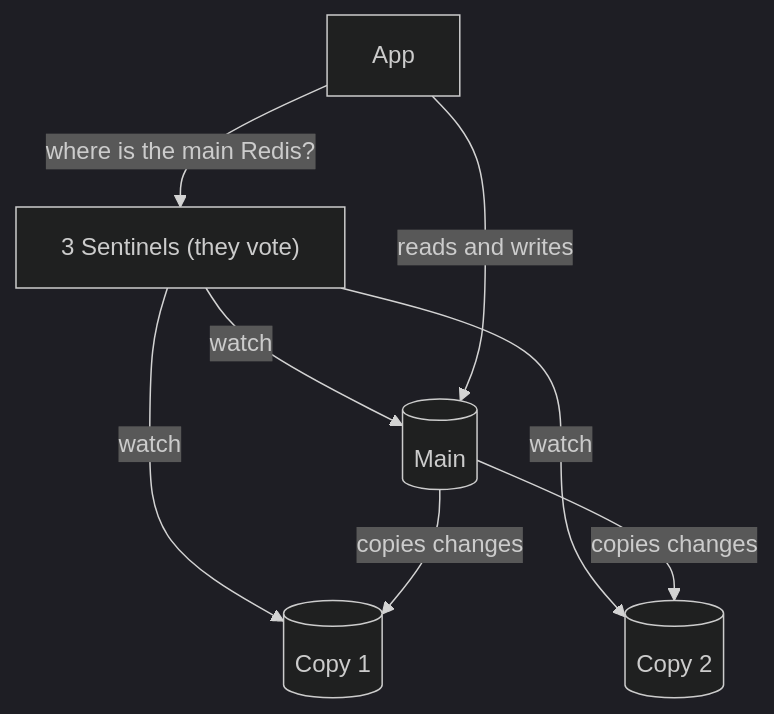
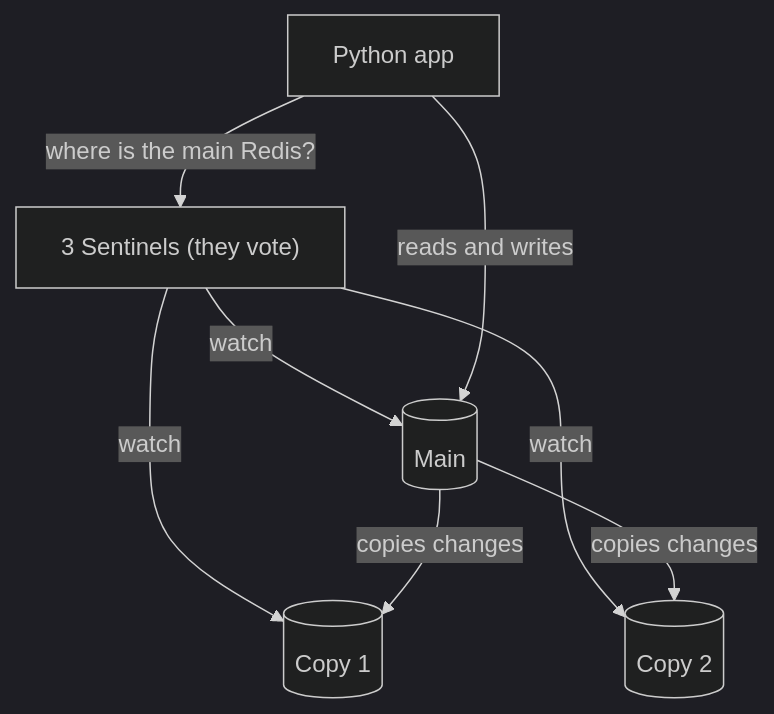
One commit to selvakumarperumal/Regulatory_Circular_Impact_Agent changed diagram 26 of 31 in redis.md. Above: the diagram before and after it, drawn with Mermaid (dark theme). The commit also changed other lines of this file, not shown here.

````diff
--- a/redis.md
+++ b/redis.md
@@ -2772,10 +3500,10 @@
 ```mermaid
 flowchart TD
-    APP["App"] -- "where is the main Redis?" --> SEN["3 Sentinels (they vote)"]
+    APP["Python app"] -- "where is the main Redis?" --> SEN["3 Sentinels (they vote)"]
     SEN -- "watch" --> P[("Main")]
     SEN -- "watch" --> R1[("Copy 1")]
     SEN -- "watch" --> R2[("Copy 2")]
     P -- "copies changes" --> R1
     P -- "copies changes" --> R2
     APP -- "reads and writes" --> P
 ```
````
